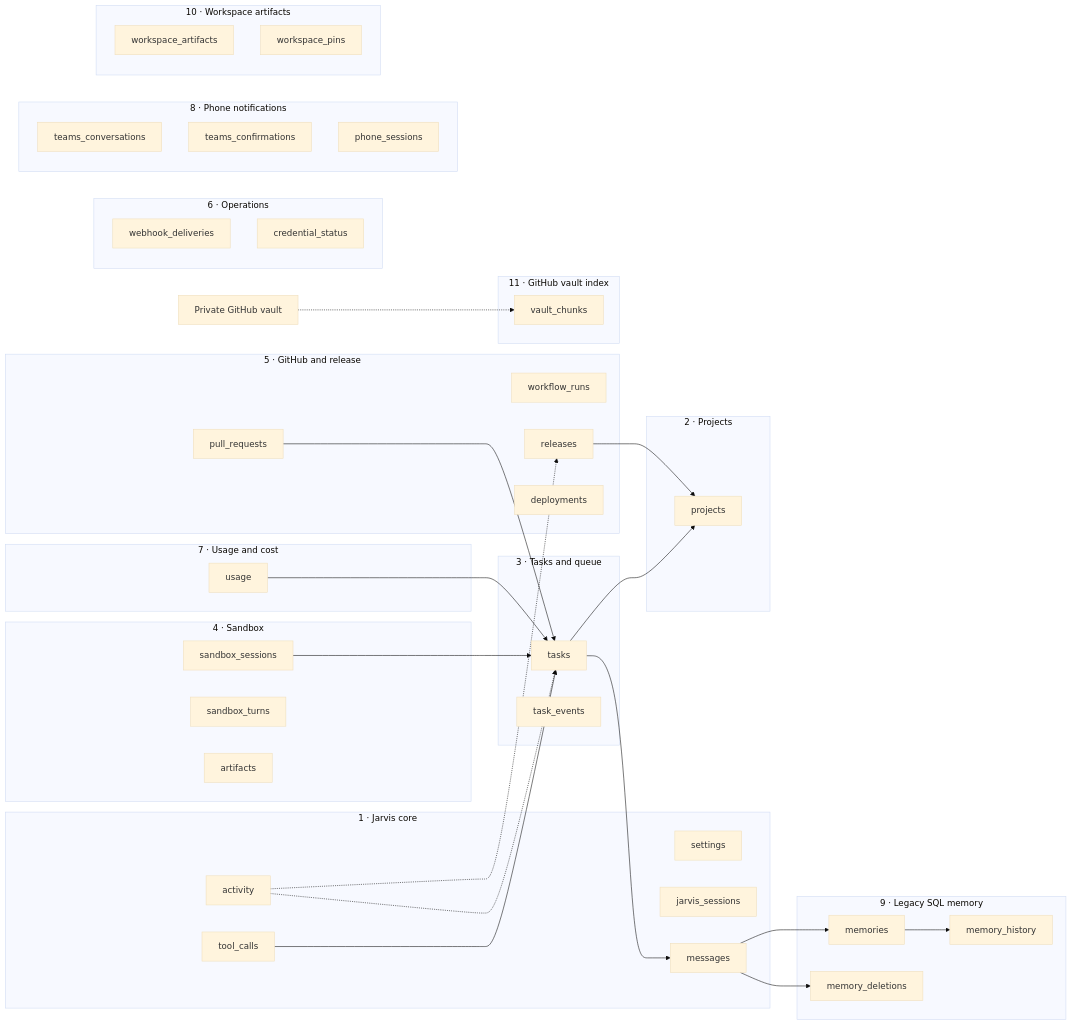
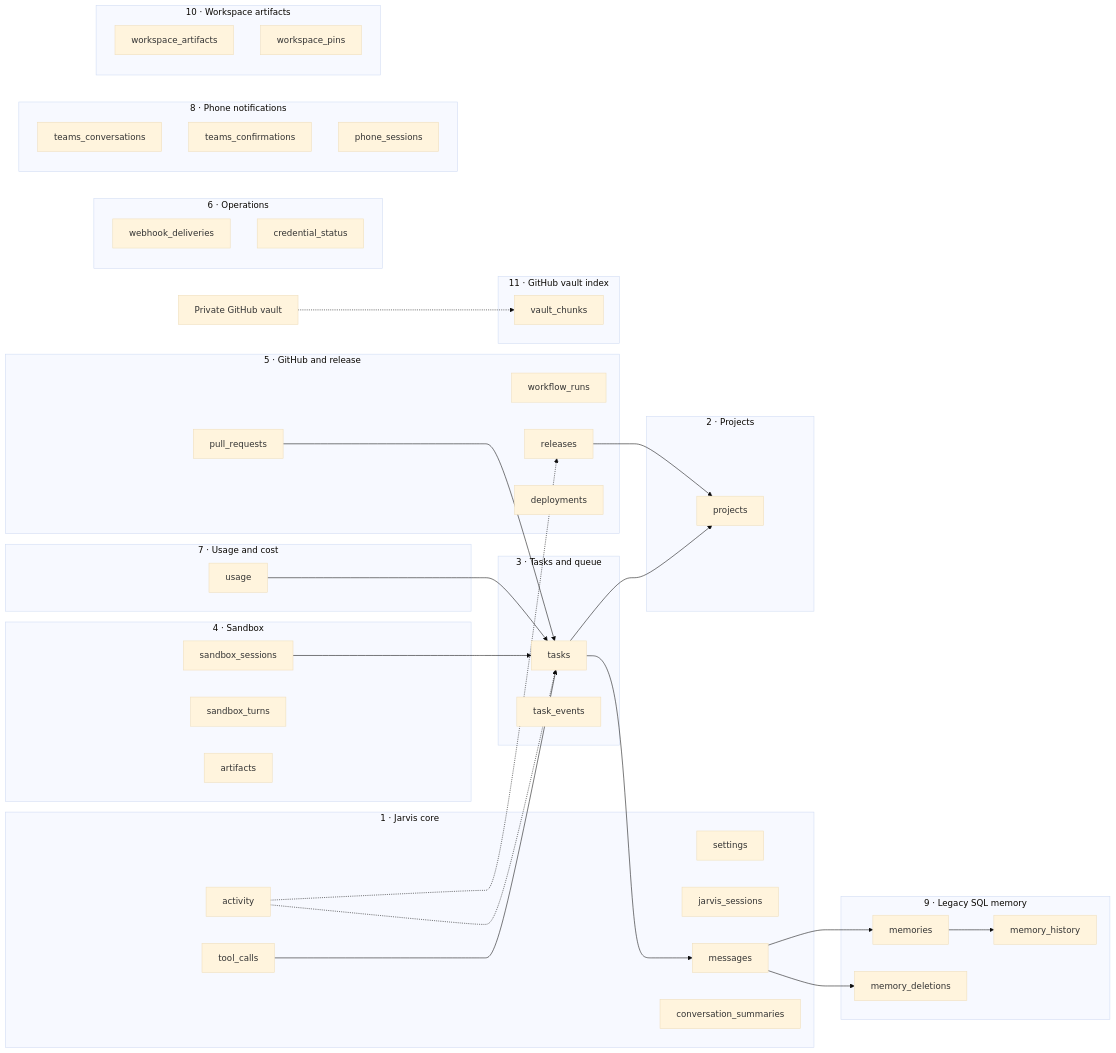
Before and after one commit to DanAakesen/jarvis: the first of 9 diagrams in docs/data-model.md, drawn with Mermaid (base theme). The commit also changed other lines of this file and 29 other files, not shown here.

````diff
--- a/docs/data-model.md
+++ b/docs/data-model.md
@@ -129,65 +129,66 @@
 ```mermaid
 flowchart LR
     subgraph CORE["1 · Jarvis core"]
         settings
         jarvis_sessions
         messages
         tool_calls
         activity
+        conversation_summaries
     end
     subgraph PROJ["2 · Projects"]
         projects
     end
     subgraph TASK["3 · Tasks and queue"]
         tasks
         task_events
     end
     subgraph SANDBOX["4 · Sandbox"]
         sandbox_sessions
         sandbox_turns
         artifacts
     end
     subgraph REL["5 · GitHub and release"]
         pull_requests
         workflow_runs
         releases
         deployments
     end
     subgraph USE["7 · Usage and cost"]
         usage
     end
     subgraph MEMORY["9 · Legacy SQL memory"]
         memories
         memory_history
         memory_deletions
     end
     subgraph VAULT["11 · GitHub vault index"]
         vault_chunks
     end
     vault_repo["Private GitHub vault"] -.-> vault_chunks
     subgraph OPS["6 · Operations"]
         webhook_deliveries
         credential_status
     end
     subgraph PHONE["8 · Phone notifications"]
         teams_conversations
         teams_confirmations
         phone_sessions
     end
     subgraph WORKSPACE["10 · Workspace artifacts"]
         workspace_artifacts
         workspace_pins
     end
     tool_calls --> tasks
     tasks --> projects
     sandbox_sessions --> tasks
     pull_requests --> tasks
     releases --> projects
     activity -.-> tasks
     activity -.-> releases
     usage --> tasks
     tasks --> messages
     messages --> memories
     memories --> memory_history
     messages --> memory_deletions
 ```
````
